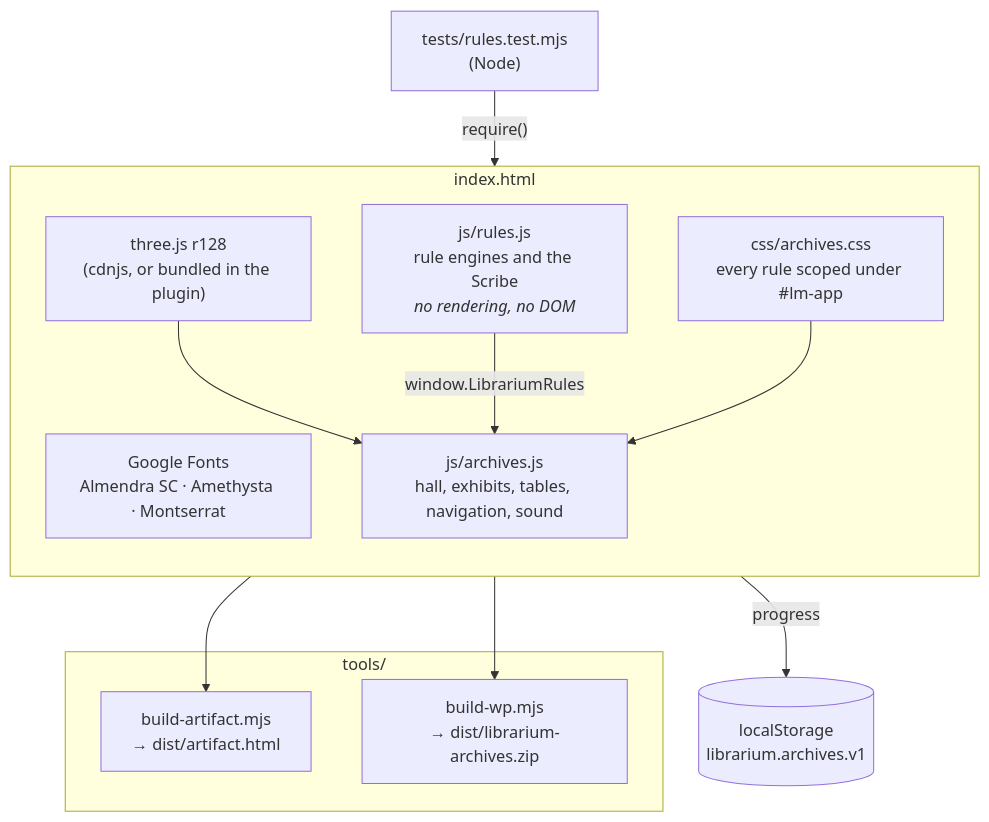
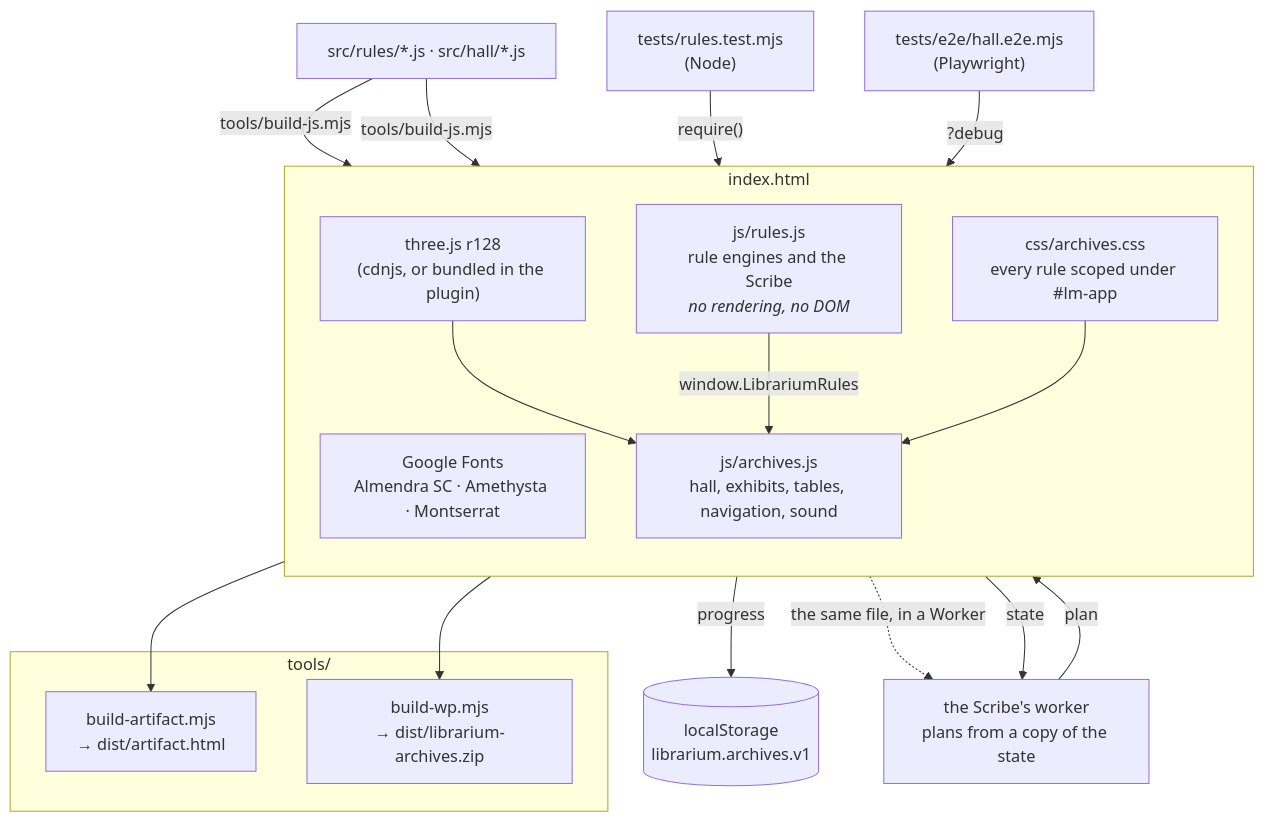
Before and after one commit to CptNope/Librarium-Archives: the first of 5 diagrams in docs/architecture.md, drawn with Mermaid. The commit also changed other lines of this file and 5 other files, not shown here.

````diff
--- a/docs/architecture.md
+++ b/docs/architecture.md
@@ -7,22 +7,26 @@
 ```mermaid
 flowchart TB
     subgraph page["index.html"]
         direction TB
         fonts["Google Fonts<br/>Almendra SC · Amethysta · Montserrat"]
         css["css/archives.css<br/>every rule scoped under #lm-app"]
         three["three.js r128<br/>(cdnjs, or bundled in the plugin)"]
         rules["js/rules.js<br/>rule engines and the Scribe<br/><i>no rendering, no DOM</i>"]
         hall["js/archives.js<br/>hall, exhibits, tables, navigation, sound"]
     end
     three --> hall
     rules -- "window.LibrariumRules" --> hall
     css --> hall
     hall -- "progress" --> ls[("localStorage<br/>librarium.archives.v1")]
+    rules -. "the same file, in a Worker" .-> worker["the Scribe's worker<br/>plans from a copy of the state"]
+    hall -- "state" --> worker -- "plan" --> hall
+    src["src/rules/*.js · src/hall/*.js"] -- "tools/build-js.mjs" --> rules & hall
     tests["tests/rules.test.mjs<br/>(Node)"] -- "require()" --> rules
+    e2e["tests/e2e/hall.e2e.mjs<br/>(Playwright)"] -- "?debug" --> page
     subgraph builds["tools/"]
         art["build-artifact.mjs<br/>→ dist/artifact.html"]
         wp["build-wp.mjs<br/>→ dist/librarium-archives.zip"]
     end
     page --> art
     page --> wp
 ```
````
